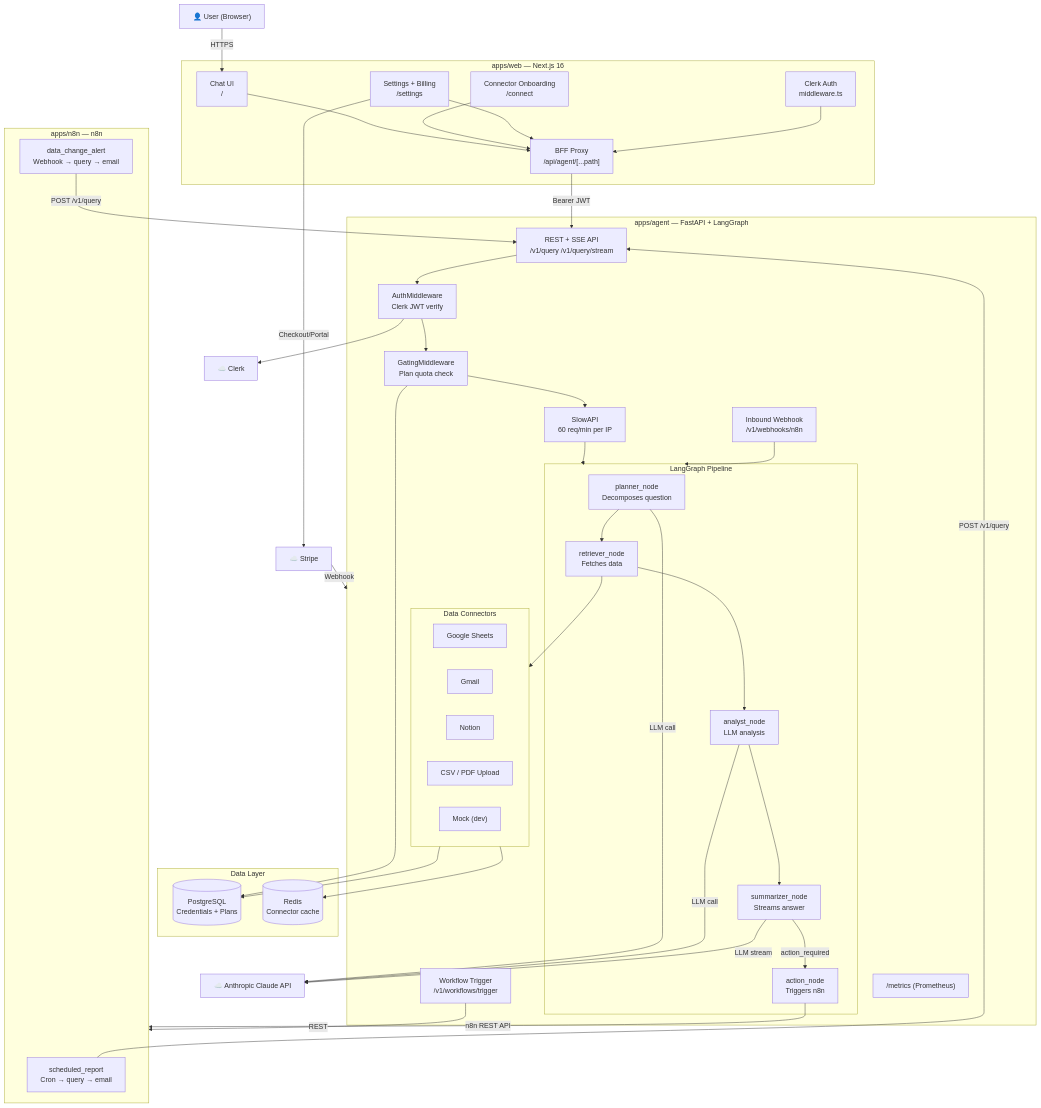
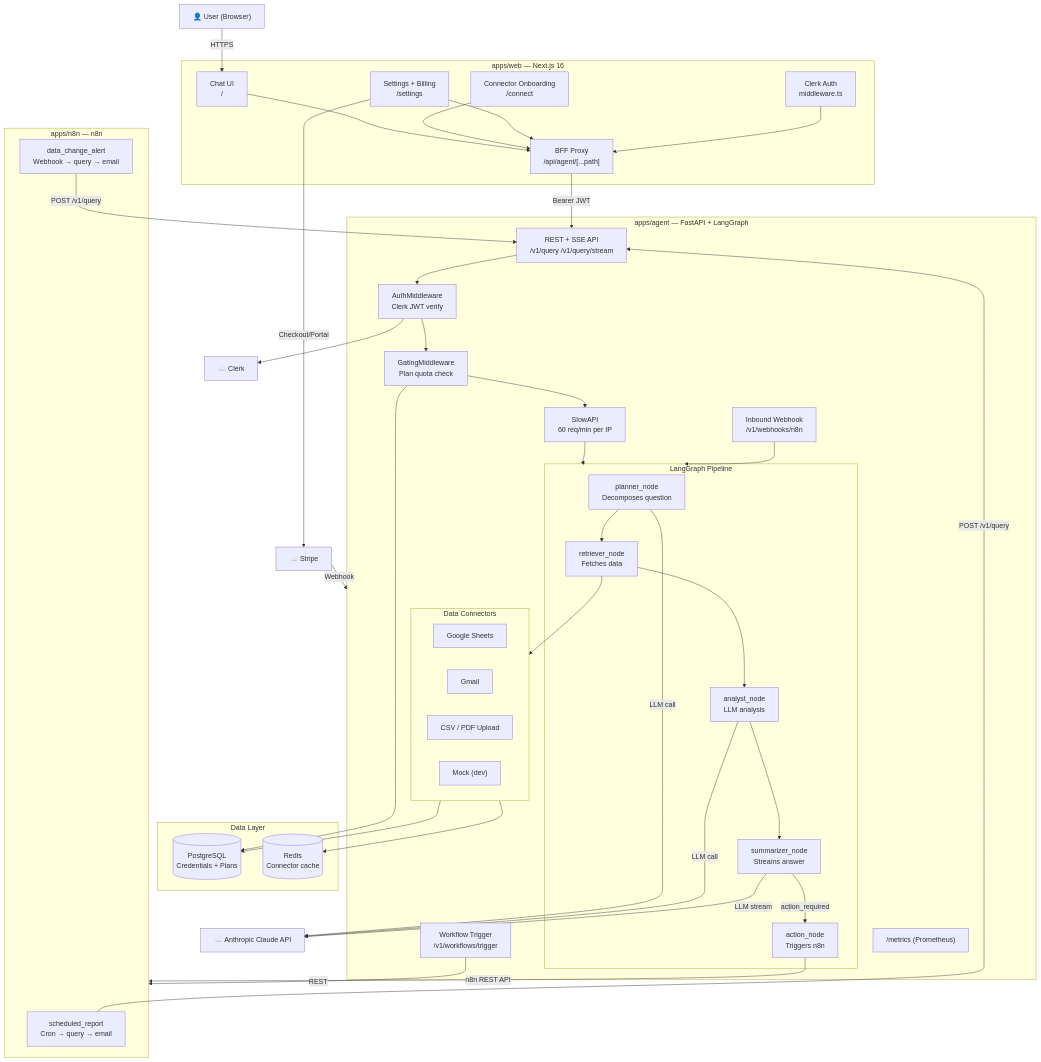
One commit to DhanushChinivar/BI-agent changed the diagram in docs/diagrams/architecture.md. Above: the diagram before and after it, drawn with Mermaid. The commit also changed 14 other files, not shown here.

```diff
--- a/docs/diagrams/architecture.md
+++ b/docs/diagrams/architecture.md
@@ -29,7 +29,6 @@
         subgraph Connectors ["Data Connectors"]
             Sheets["Google Sheets"]
             Gmail["Gmail"]
-            Notion["Notion"]
             CSV["CSV / PDF Upload"]
             Mock["Mock (dev)"]
         end
```
